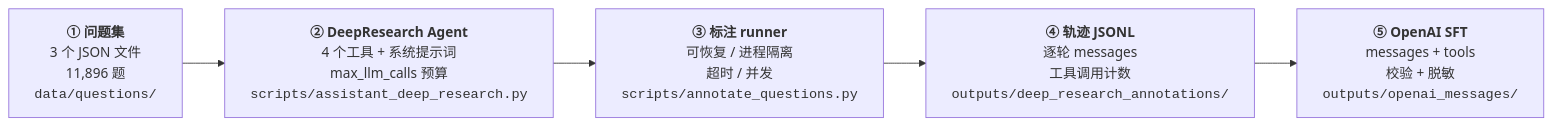
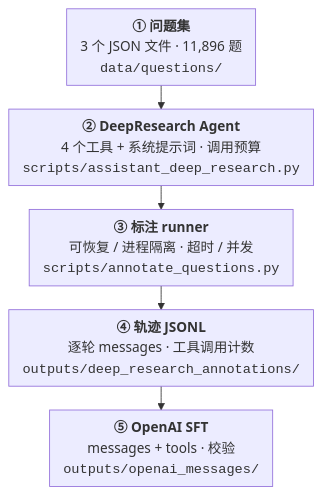
One commit to Xigmoid/Qwen-Agent-DeepResearch changed the diagram in README_CN.md. Above: the diagram before and after it, drawn with Mermaid. The commit also changed 1 other file, not shown here.

Commit message:
Switch the pipeline diagram to a vertical Mermaid flowchart
A five-stage horizontal flowchart is ~1800px wide, so GitHub scales it down
to roughly half size and the labels become unreadable. The vertical layout
renders at its natural size (no downscaling) while keeping every stage's
title, description and repository path.

The file paths for the two output stages are shown as well.

````diff
--- a/README_CN.md
+++ b/README_CN.md
@@ -47,9 +47,10 @@
 ```mermaid
-flowchart LR
-    Q["<b>① 问题集</b><br/>3 个 JSON 文件<br/>11,896 题<br/><code>data/questions/</code>"]
-    A["<b>② DeepResearch Agent</b><br/>4 个工具 + 系统提示词<br/>max_llm_calls 预算<br/><code>scripts/assistant_deep_research.py</code>"]
-    R["<b>③ 标注 runner</b><br/>可恢复 / 进程隔离<br/>超时 / 并发<br/><code>scripts/annotate_questions.py</code>"]
-    T["<b>④ 轨迹 JSONL</b><br/>逐轮 messages<br/>工具调用计数<br/><code>outputs/deep_research_annotations/</code>"]
-    S["<b>⑤ OpenAI SFT</b><br/>messages + tools<br/>校验 + 脱敏<br/><code>outputs/openai_messages/</code>"]
+%%{init: {"flowchart": {"rankSpacing": 28, "nodeSpacing": 20, "padding": 8}}}%%
+flowchart TD
+    Q["<b>① 问题集</b><br/>3 个 JSON 文件 · 11,896 题<br/><code>data/questions/</code>"]
+    A["<b>② DeepResearch Agent</b><br/>4 个工具 + 系统提示词 · 调用预算<br/><code>scripts/assistant_deep_research.py</code>"]
+    R["<b>③ 标注 runner</b><br/>可恢复 / 进程隔离 · 超时 / 并发<br/><code>scripts/annotate_questions.py</code>"]
+    T["<b>④ 轨迹 JSONL</b><br/>逐轮 messages · 工具调用计数<br/><code>outputs/deep_research_annotations/</code>"]
+    S["<b>⑤ OpenAI SFT</b><br/>messages + tools · 校验<br/><code>outputs/openai_messages/</code>"]
     Q --> A --> R --> T --> S
 ```
````
